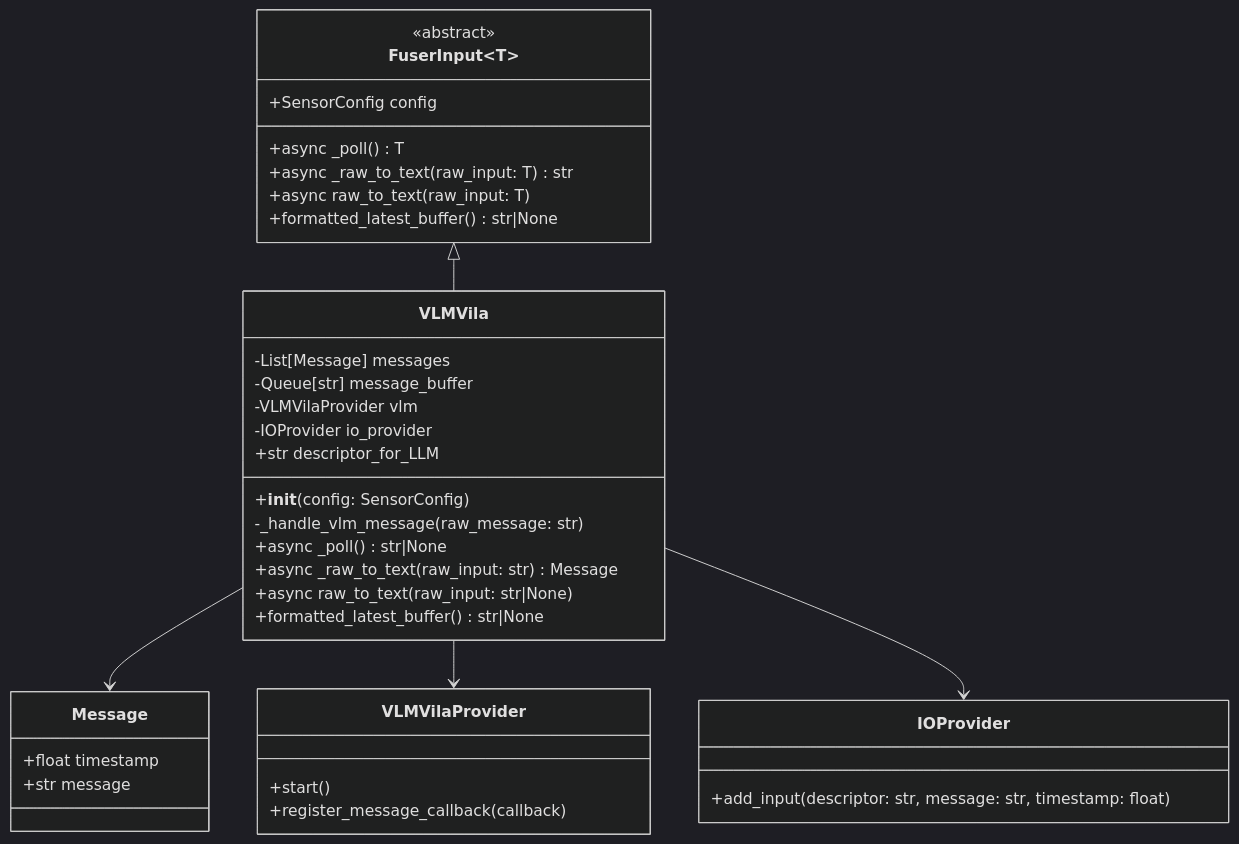
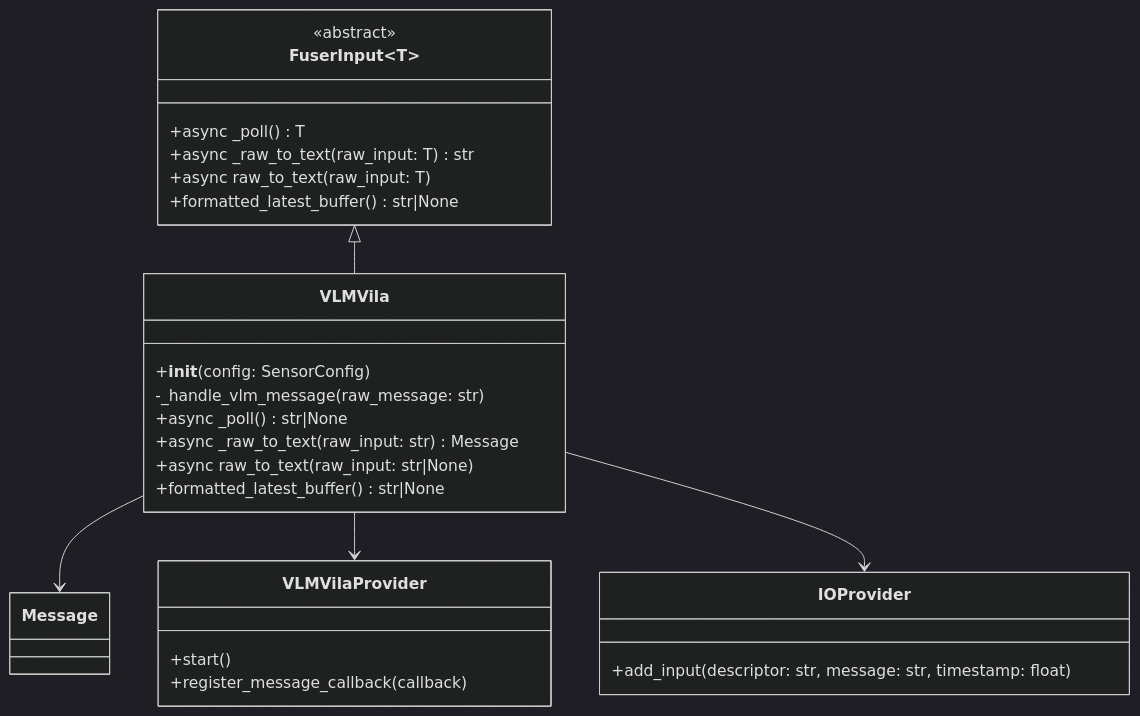
One commit to gizdusum/OM1 changed the first of 2 diagrams in docs/input-plugin/webcam-input.mdx. Above: the diagram before and after it, drawn with Mermaid (dark theme). The commit also changed other lines of this file and 8 other files, not shown here.

Commit message:
remove types and attributes but keep methods for class diagram

````diff
--- a/docs/input-plugin/webcam-input.mdx
+++ b/docs/input-plugin/webcam-input.mdx
@@ -17,44 +19,36 @@
 ```mermaid
 classDiagram
     class FuserInput~T~ {
         <<abstract>>
-        +SensorConfig config
         +async _poll() T
         +async _raw_to_text(raw_input: T) str
         +async raw_to_text(raw_input: T)
         +formatted_latest_buffer() str|None
     }
 
     class Message {
-        +float timestamp
-        +str message
     }
 
     class VLMVila {
-        -List[Message] messages
-        -Queue[str] message_buffer
-        -VLMVilaProvider vlm
-        -IOProvider io_provider
-        +str descriptor_for_LLM
         +__init__(config: SensorConfig)
         -_handle_vlm_message(raw_message: str)
         +async _poll() str|None
         +async _raw_to_text(raw_input: str) Message
         +async raw_to_text(raw_input: str|None)
         +formatted_latest_buffer() str|None
     }
 
     class VLMVilaProvider {
         +start()
         +register_message_callback(callback)
     }
 
     class IOProvider {
         +add_input(descriptor: str, message: str, timestamp: float)
     }
 
     FuserInput <|-- VLMVila
     VLMVila --> Message
     VLMVila --> VLMVilaProvider
     VLMVila --> IOProvider
 ```
````
